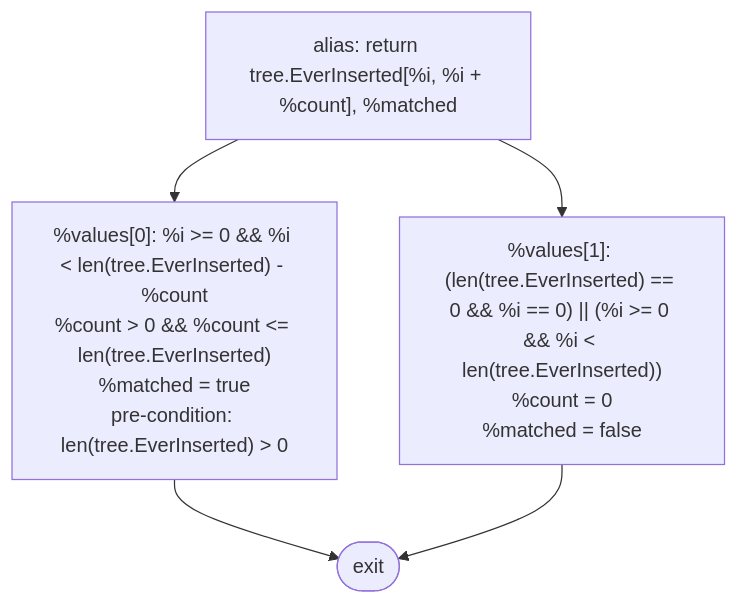
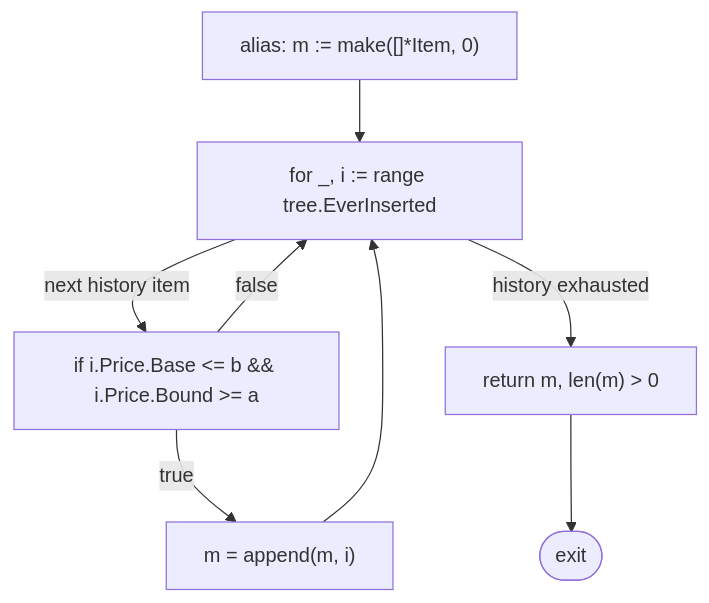
Before and after one commit to byron-hawkins/profit-triplet: the seventh of 15 diagrams in model/doc/dag.cfg.md, drawn with Mermaid. The commit also changed other lines of this file and 7 other files, not shown here.

````diff
--- a/model/doc/dag.cfg.md
+++ b/model/doc/dag.cfg.md
@@ -71,10 +70,15 @@
 ```mermaid
 flowchart TD
-    Q1["alias: return tree.EverInserted[%i, %i + %count], %matched"]
-    Q2["%values[0]: %i &gt;= 0 &amp;&amp; %i &lt; len(tree.EverInserted) - %count<br/>%count &gt; 0 &amp;&amp; %count &lt;= len(tree.EverInserted)<br/>%matched = true<br/>pre-condition: len(tree.EverInserted) &gt; 0"]
-    Q3["%values[1]: (len(tree.EverInserted) == 0 &amp;&amp; %i == 0) || (%i &gt;= 0 &amp;&amp; %i &lt; len(tree.EverInserted))<br/>%count = 0<br/>%matched = false"]
+    Q1["alias: m := make([]*Item, 0)"]
+    Q2["for _, i := range tree.EverInserted"]
+    Q3["if i.Price.Base &lt;= b &amp;&amp; i.Price.Bound &gt;= a"]
+    Q4["m = append(m, i)"]
+    Q5["return m, len(m) &gt; 0"]
     QExit(["exit"])
 
-    Q1 --> Q2 --> QExit
-    Q1 --> Q3 --> QExit
+    Q1 --> Q2
+    Q2 -->|next history item| Q3
+    Q3 -->|true| Q4 --> Q2
+    Q3 -->|false| Q2
+    Q2 -->|history exhausted| Q5 --> QExit
 ```
````
